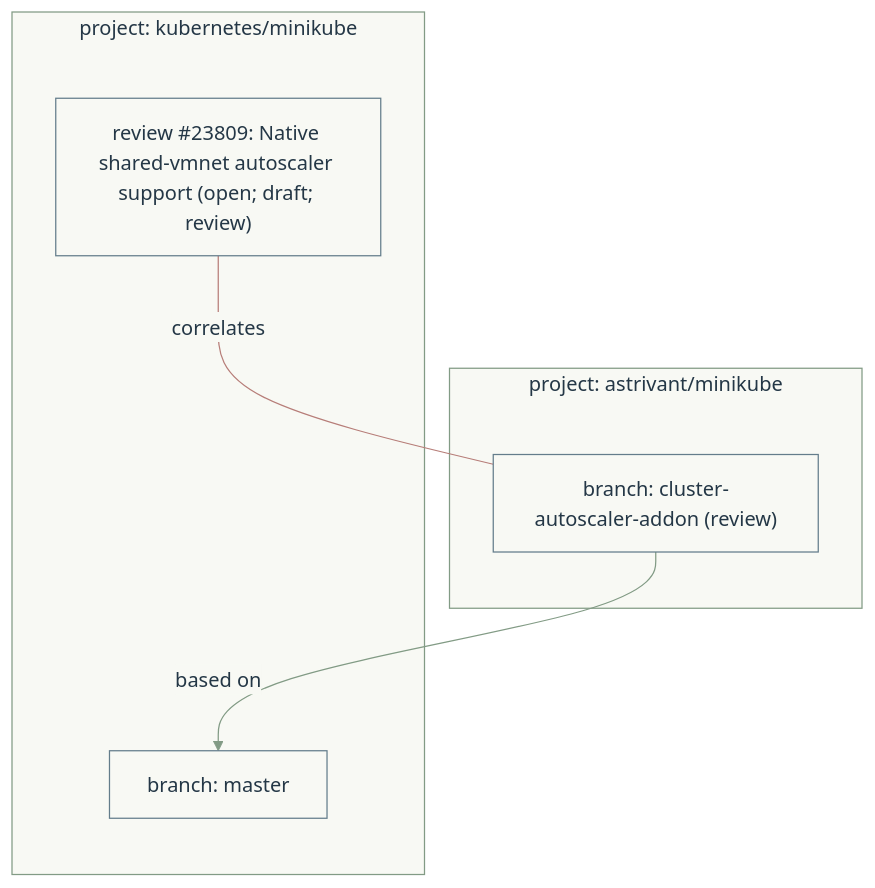
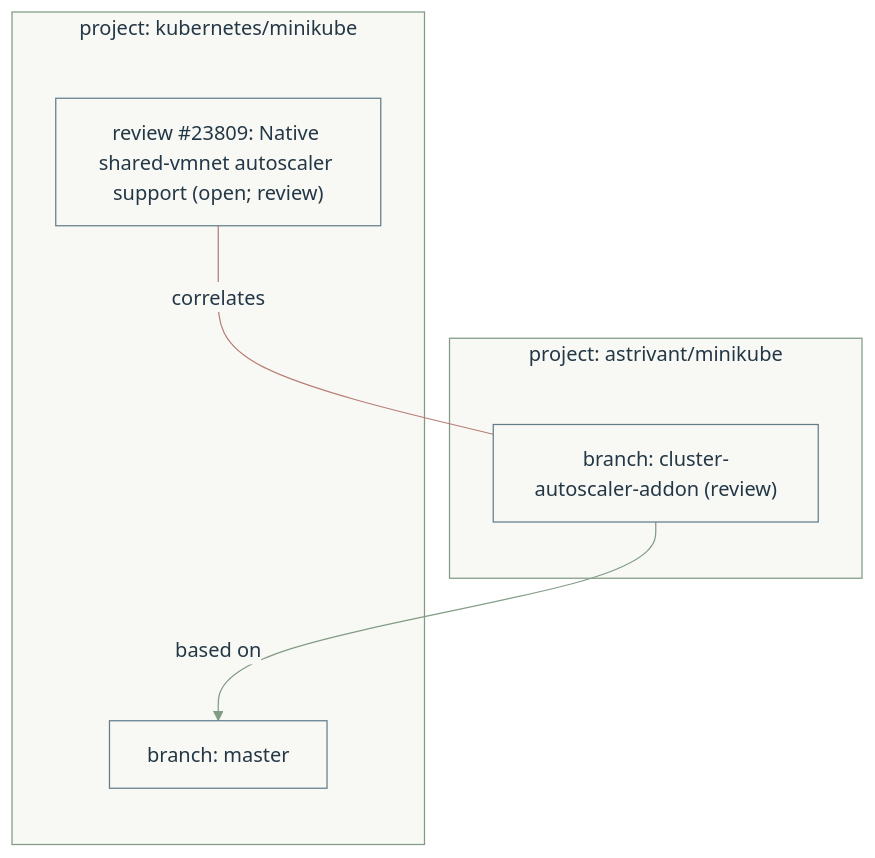
Before and after one commit to kubernetes/minikube: the diagram in .github/review-evidence/vfkit/work.mmd, drawn with Mermaid. The commit also changed 13 other files, not shown here.

```diff
--- a/.github/review-evidence/vfkit/work.mmd
+++ b/.github/review-evidence/vfkit/work.mmd
@@ -1,24 +1,24 @@
 ---
 config: {"flowchart": {"rankSpacing": 90, "subGraphTitleMargin": {"bottom": 24, "top": 0}}, "layout": "dagre", "theme": "base", "themeVariables": {"edgeLabelBackground": "#F8F9F4", "lineColor": "#647D8B", "primaryTextColor": "#243746"}}
 ---
 flowchart TB
     subgraph n244210e48437b6556980a70249a99369934a352429034cef9d7bd253b3bf2c01["`project: astrivant/minikube`"]
         n2ad562319767157087dda0dec6391f4479f8a04869ab0cc8d3a9c3637dae73b5["branch: cluster-autoscaler-addon (review)"]
     end
     subgraph n1581e27de87bffae0bd4d745cd7964e68528d7a83e2e4c259a782d275df6f558["`project: kubernetes/minikube`"]
-        nc97ace4c8fef2cee8fa0f3c9f52aab18dbd4f42438afe362ffb8f75ce4c04b84["review #35;23809: Native shared-vmnet autoscaler support (open#59; draft#59; review)"]
+        nc97ace4c8fef2cee8fa0f3c9f52aab18dbd4f42438afe362ffb8f75ce4c04b84["review #35;23809: Native shared-vmnet autoscaler support (open#59; review)"]
         n34a04005bcaf206eec990bd9637d9fdb6725e0a0c0d4aebf003f17f4c956eb5c["branch: master"]
     end
     n2ad562319767157087dda0dec6391f4479f8a04869ab0cc8d3a9c3637dae73b5 -->|based on| n34a04005bcaf206eec990bd9637d9fdb6725e0a0c0d4aebf003f17f4c956eb5c
     nc97ace4c8fef2cee8fa0f3c9f52aab18dbd4f42438afe362ffb8f75ce4c04b84 ---|correlates| n2ad562319767157087dda0dec6391f4479f8a04869ab0cc8d3a9c3637dae73b5
     click n2ad562319767157087dda0dec6391f4479f8a04869ab0cc8d3a9c3637dae73b5 href "https://github.com/astrivant/minikube/tree/cluster-autoscaler-addon" "Open recorded work" _blank
     click nc97ace4c8fef2cee8fa0f3c9f52aab18dbd4f42438afe362ffb8f75ce4c04b84 href "https://github.com/kubernetes/minikube/pull/23809" "Open recorded work" _blank
     click n34a04005bcaf206eec990bd9637d9fdb6725e0a0c0d4aebf003f17f4c956eb5c href "https://github.com/kubernetes/minikube/tree/master" "Open recorded work" _blank
     classDef work fill:#F8F9F4,stroke:#647D8B,color:#243746
     class n2ad562319767157087dda0dec6391f4479f8a04869ab0cc8d3a9c3637dae73b5 work
     style n244210e48437b6556980a70249a99369934a352429034cef9d7bd253b3bf2c01 fill:#F8F9F4,stroke:#829B85,color:#243746
     class nc97ace4c8fef2cee8fa0f3c9f52aab18dbd4f42438afe362ffb8f75ce4c04b84 work
     class n34a04005bcaf206eec990bd9637d9fdb6725e0a0c0d4aebf003f17f4c956eb5c work
     style n1581e27de87bffae0bd4d745cd7964e68528d7a83e2e4c259a782d275df6f558 fill:#F8F9F4,stroke:#829B85,color:#243746
     linkStyle 0 stroke:#829B85,color:#243746
     linkStyle 1 stroke:#B77E79,color:#243746
```
